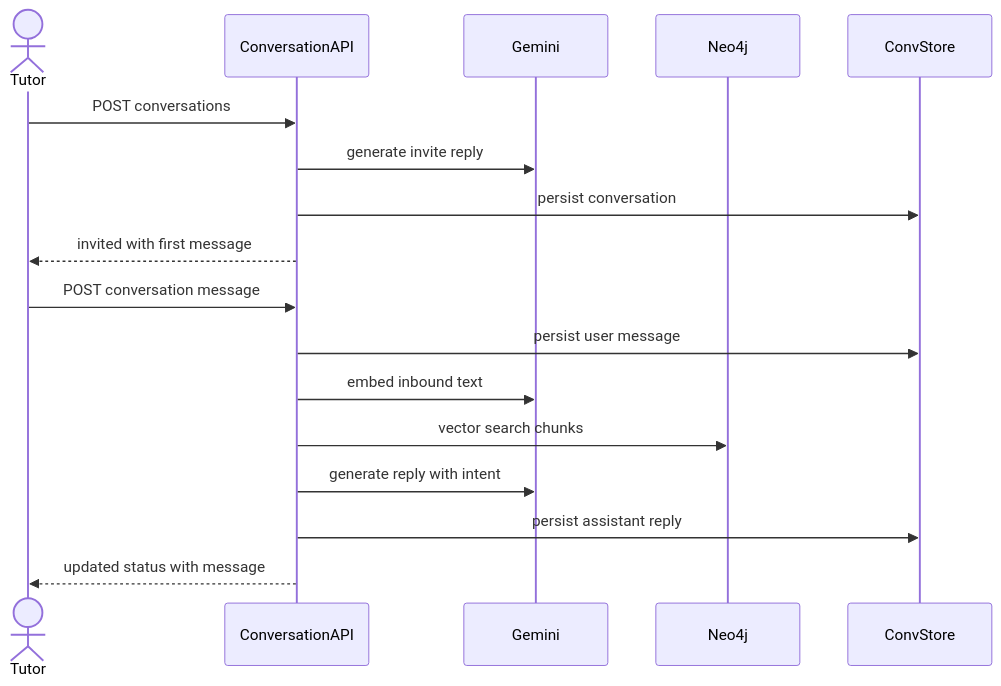
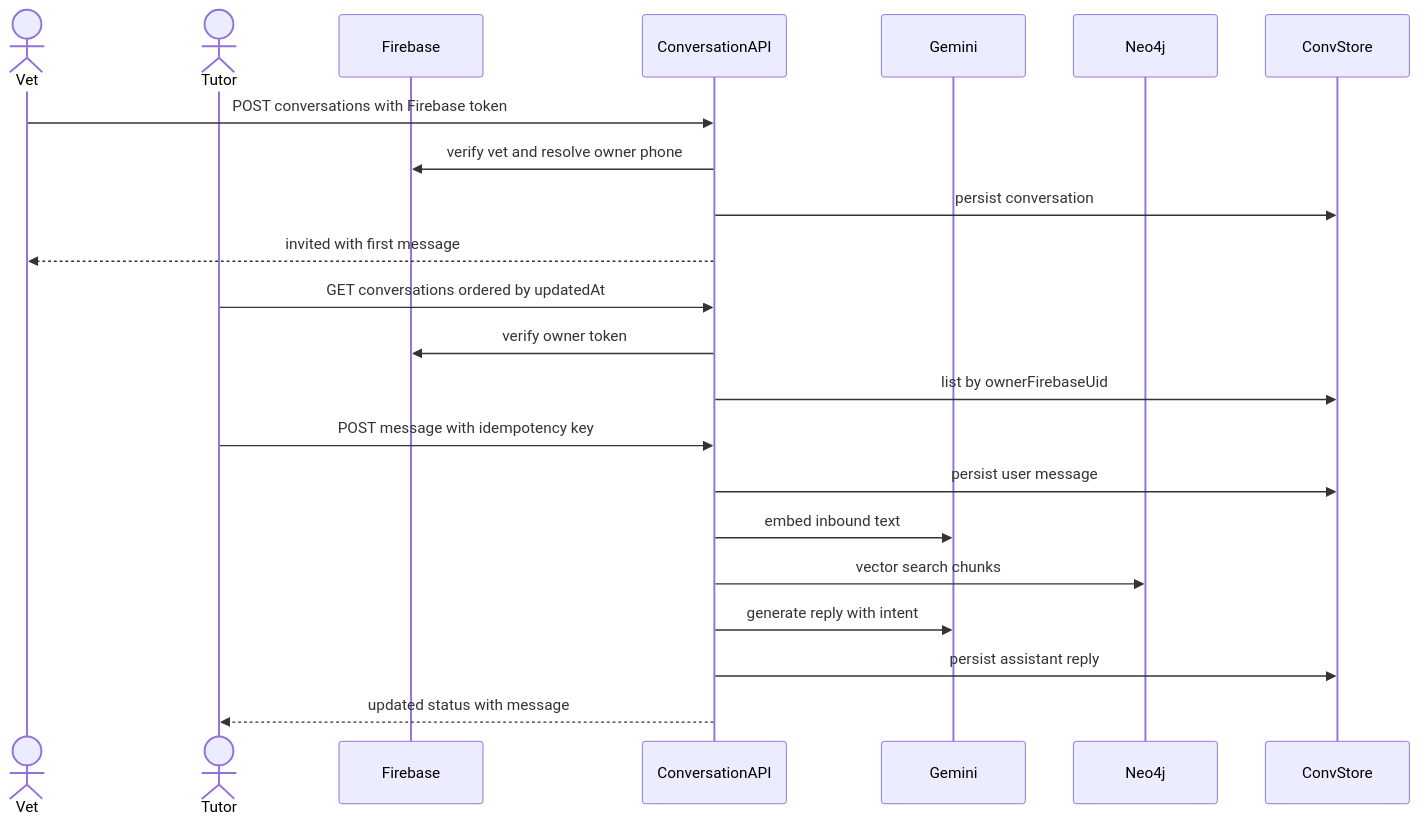
Before and after one commit to Allyhere/2tdspw-challange-rag-api: the tenth of 17 diagrams in ARCH.md, drawn with Mermaid. The commit also changed other lines of this file and 18 other files, not shown here.

````diff
--- a/ARCH.md
+++ b/ARCH.md
@@ -363,21 +372,27 @@
 ```mermaid
 sequenceDiagram
+    actor Vet
     actor Tutor
+    participant Firebase
     participant API as ConversationAPI
     participant Gemini
     participant Neo as Neo4j
     participant Store as ConvStore
 
-    Tutor->>API: POST conversations
-    API->>Gemini: generate invite reply
+    Vet->>API: POST conversations with Firebase token
+    API->>Firebase: verify vet and resolve owner phone
     API->>Store: persist conversation
-    API-->>Tutor: invited with first message
+    API-->>Vet: invited with first message
 
-    Tutor->>API: POST conversation message
+    Tutor->>API: GET conversations ordered by updatedAt
+    API->>Firebase: verify owner token
+    API->>Store: list by ownerFirebaseUid
+
+    Tutor->>API: POST message with idempotency key
     API->>Store: persist user message
     API->>Gemini: embed inbound text
     API->>Neo: vector search chunks
     API->>Gemini: generate reply with intent
     API->>Store: persist assistant reply
     API-->>Tutor: updated status with message
 ```
````
